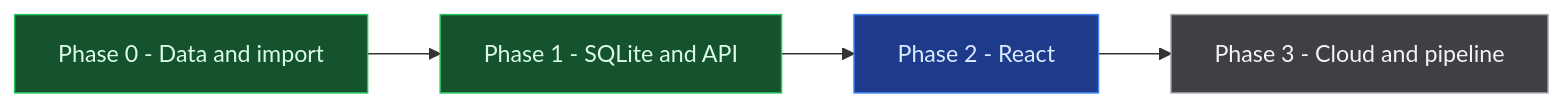
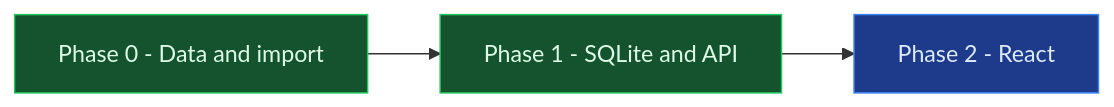
The diagram in docs/roadmap.md (HDias/job-search), drawn with Mermaid before and after one commit. The commit also changed other lines of this file and 20 other files, not shown here.

First line of the commit message:
docs: remove cloud adapter references and Phase 3 (#4)

````diff
--- a/docs/roadmap.md
+++ b/docs/roadmap.md
@@ -5,13 +5,11 @@
 ```mermaid
 flowchart LR
   F0["Phase 0 - Data and import"]:::done
   F1["Phase 1 - SQLite and API"]:::done
   F2["Phase 2 - React"]:::active
-  F3["Phase 3 - Cloud and pipeline"]:::next
 
-  F0 --> F1 --> F2 --> F3
+  F0 --> F1 --> F2
 
   classDef done fill:#14532d,stroke:#22c55e,color:#dcfce7
   classDef active fill:#1e3a8a,stroke:#3b82f6,color:#dbeafe
-  classDef next fill:#3f3f46,stroke:#a1a1aa,color:#f4f4f5
 ```
````
